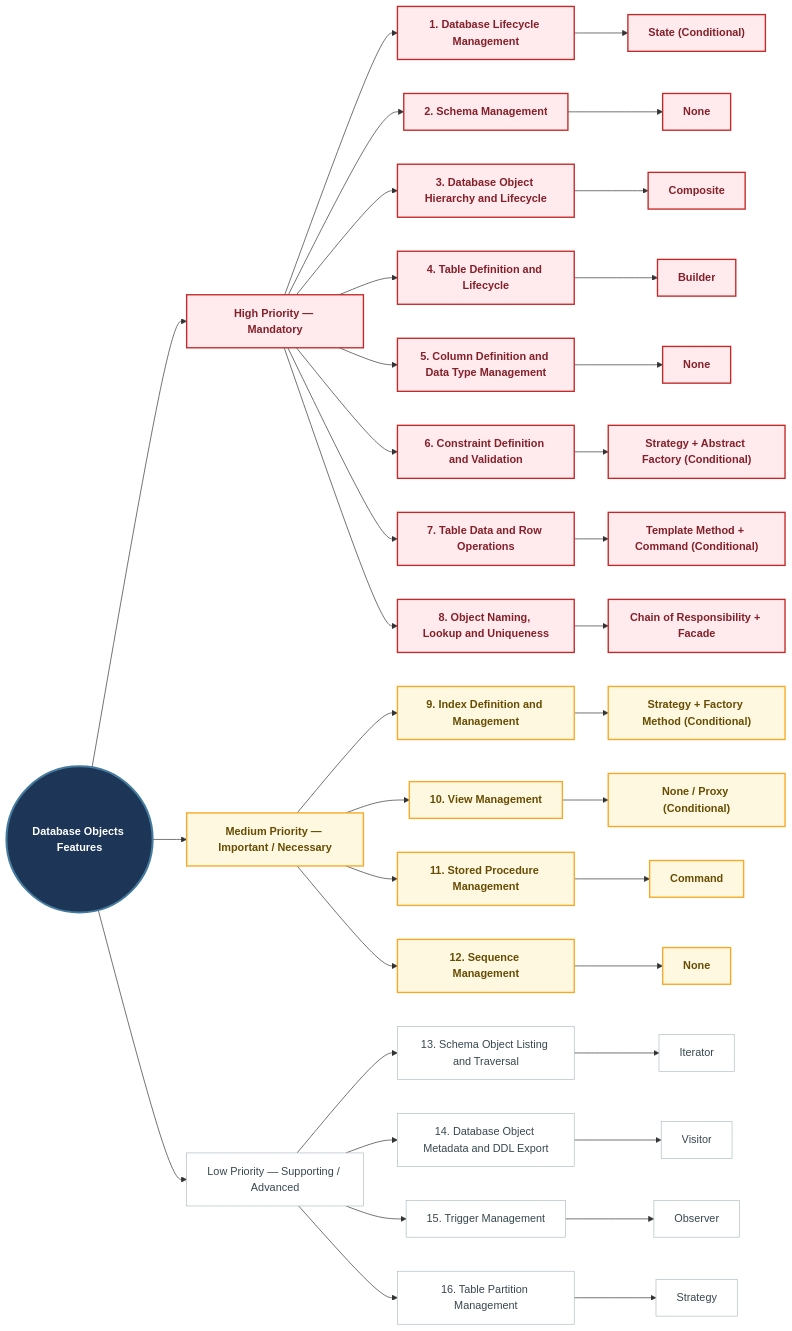
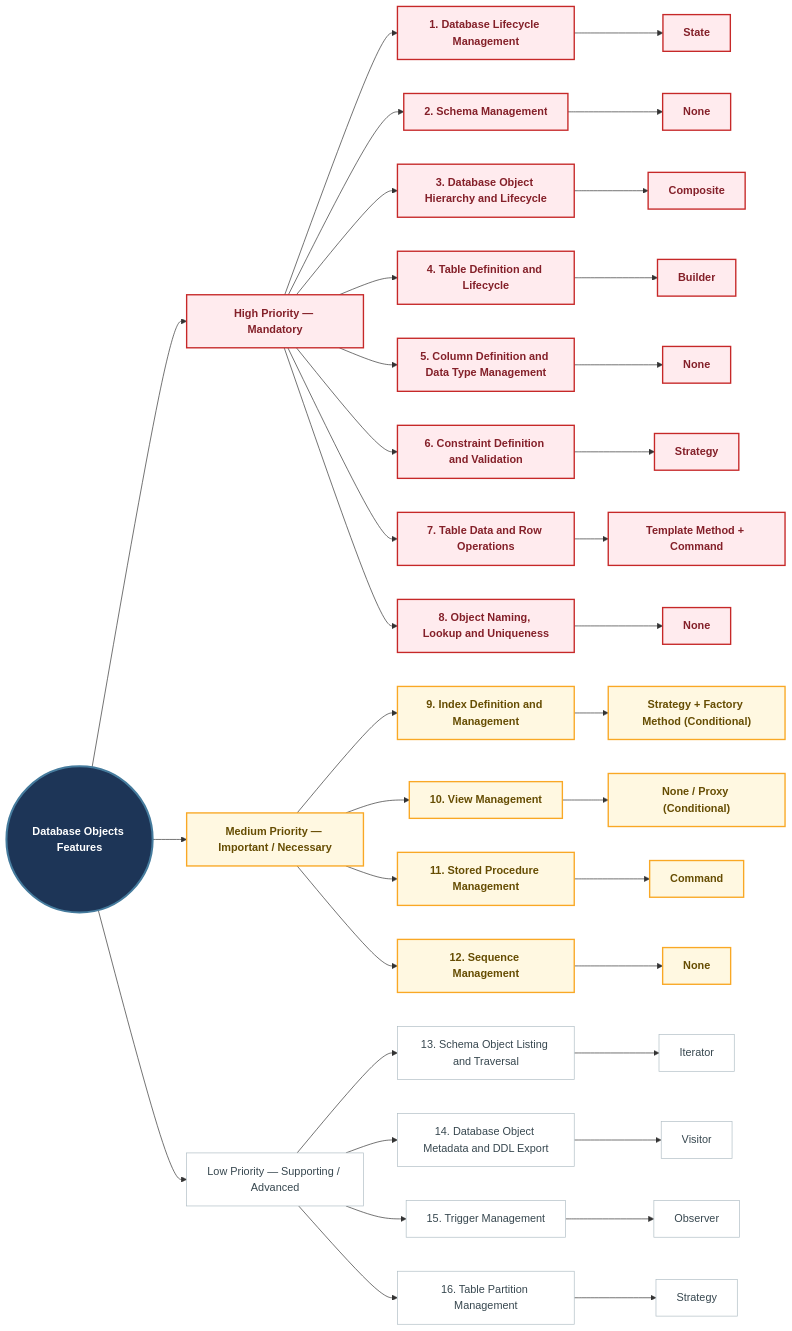
The first of 13 diagrams in docs/pattern/README.md (Huy1801214/dbms-architecture), drawn with Mermaid before and after one commit. The commit also changed other lines of this file and 1 other file, not shown here.

Commit message:
add architecture and class diagrams to describe database system components

```diff
--- a/docs/pattern/README.md
+++ b/docs/pattern/README.md
@@ -18,7 +18,7 @@
     %% HIGH-PRIORITY FEATURES
     %% =====================================================
     H1["1. Database Lifecycle Management"]
-    H1P["State (Conditional)"]
+    H1P["State"]
 
     H2["2. Schema Management"]
     H2P["None"]
@@ -33,13 +33,13 @@
     H5P["None"]
 
     H6["6. Constraint Definition and Validation"]
-    H6P["Strategy + Abstract Factory (Conditional)"]
+    H6P["Strategy"]
 
     H7["7. Table Data and Row Operations"]
-    H7P["Template Method + Command (Conditional)"]
+    H7P["Template Method + Command"]
 
     H8["8. Object Naming, Lookup and Uniqueness"]
-    H8P["Chain of Responsibility + Facade"]
+    H8P["None"]
 
     HIGH --> H1
     HIGH --> H2
```
